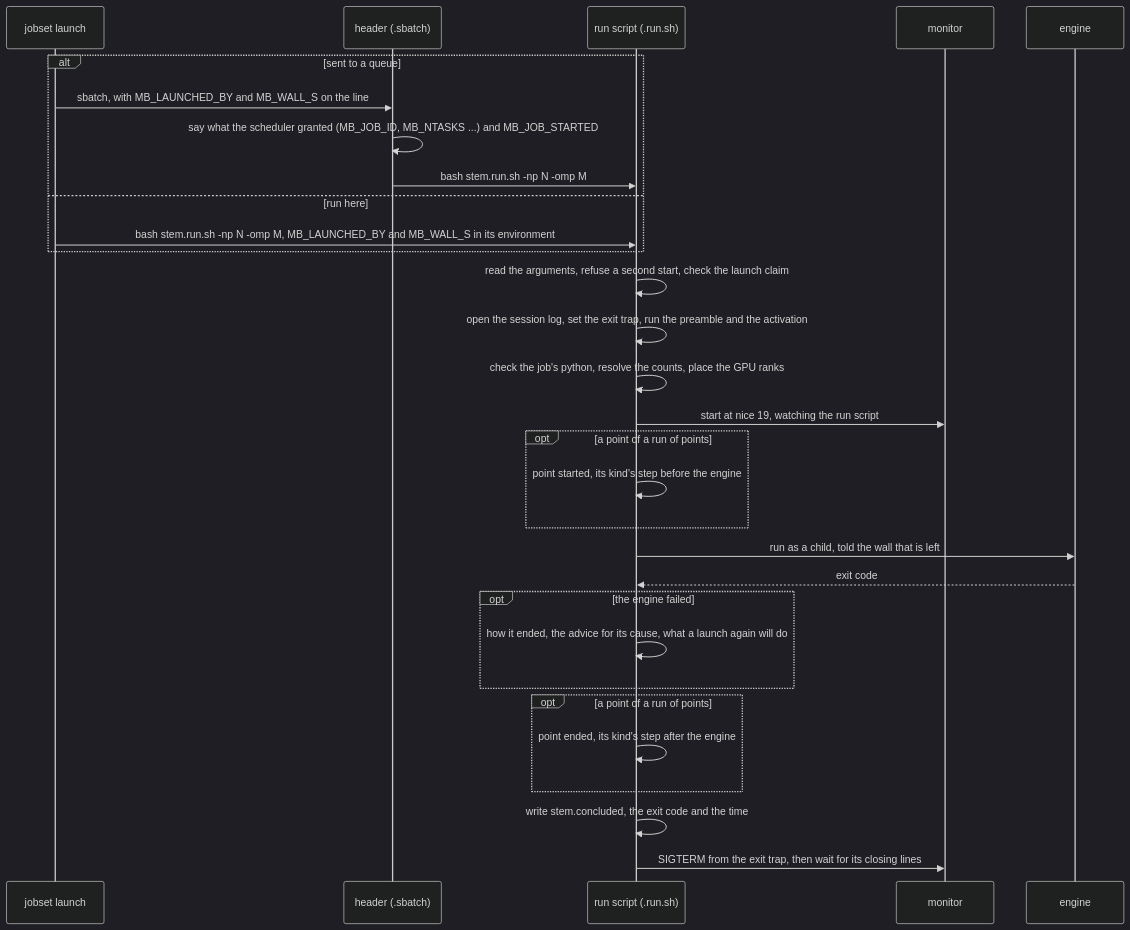
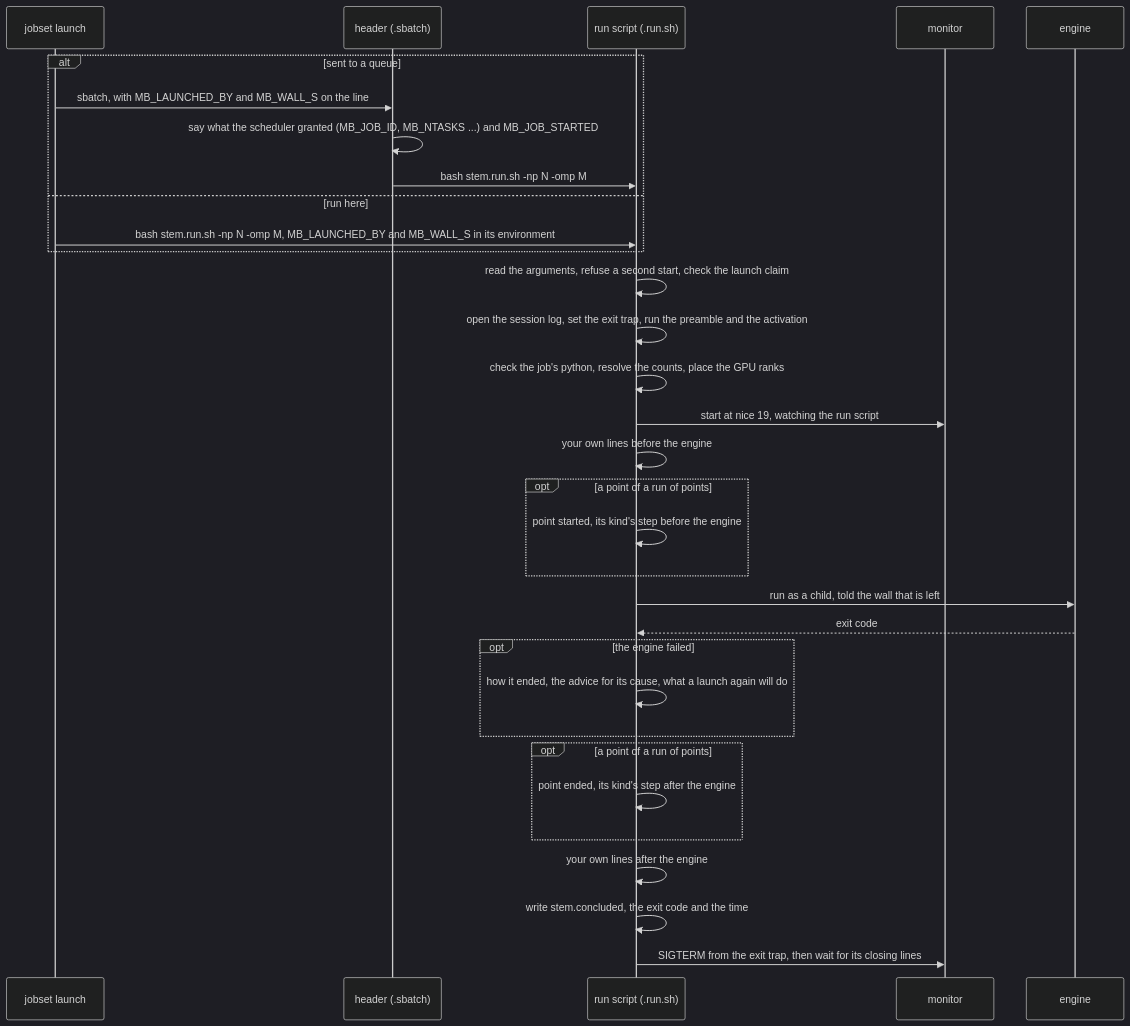
One commit to Qing-LAB/molbuilder changed the first of 5 diagrams in docs/execution/running-a-job.md. Above: the diagram before and after it, drawn with Mermaid (dark theme). The commit also changed other lines of this file and 54 other files, not shown here.

````diff
--- a/docs/execution/running-a-job.md
+++ b/docs/execution/running-a-job.md
@@ -28,32 +28,34 @@
 ```mermaid
 sequenceDiagram
     participant L as jobset launch
     participant H as header (.sbatch)
     participant R as run script (.run.sh)
     participant M as monitor
     participant E as engine
     alt sent to a queue
         L->>H: sbatch, with MB_LAUNCHED_BY and MB_WALL_S on the line
         H->>H: say what the scheduler granted (MB_JOB_ID, MB_NTASKS ...) and MB_JOB_STARTED
         H->>R: bash stem.run.sh -np N -omp M
     else run here
         L->>R: bash stem.run.sh -np N -omp M, MB_LAUNCHED_BY and MB_WALL_S in its environment
     end
     R->>R: read the arguments, refuse a second start, check the launch claim
     R->>R: open the session log, set the exit trap, run the preamble and the activation
     R->>R: check the job's python, resolve the counts, place the GPU ranks
     R->>M: start at nice 19, watching the run script
+    R->>R: your own lines before the engine
     opt a point of a run of points
         R->>R: point started, its kind's step before the engine
     end
     R->>E: run as a child, told the wall that is left
     E-->>R: exit code
     opt the engine failed
         R->>R: how it ended, the advice for its cause, what a launch again will do
     end
     opt a point of a run of points
         R->>R: point ended, its kind's step after the engine
     end
+    R->>R: your own lines after the engine
     R->>R: write stem.concluded, the exit code and the time
     R->>M: SIGTERM from the exit trap, then wait for its closing lines
 ```
````
